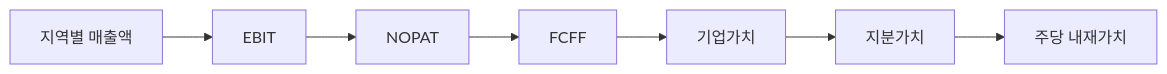
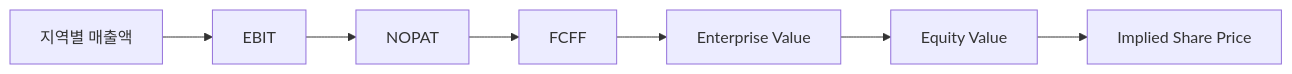
The first of 2 diagrams in README.md (hahnjune0118/Orion_DCF_Valuation), drawn with Mermaid before and after one commit. The commit also changed other lines of this file and 6 other files, not shown here.

````diff
--- a/README.md
+++ b/README.md
@@ -69,9 +80,9 @@
 ```mermaid
 flowchart LR
     A[지역별 매출액] --> B[EBIT]
     B --> C[NOPAT]
     C --> D[FCFF]
-    D --> E[기업가치]
-    E --> F[지분가치]
-    F --> G[주당 내재가치]
+    D --> E[Enterprise Value]
+    E --> F[Equity Value]
+    F --> G[Implied Share Price]
 ```
````
